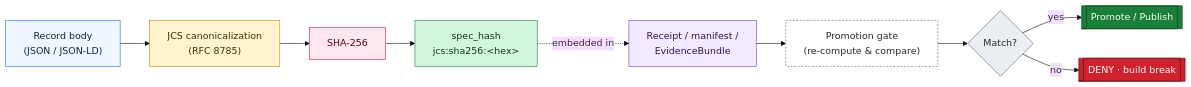
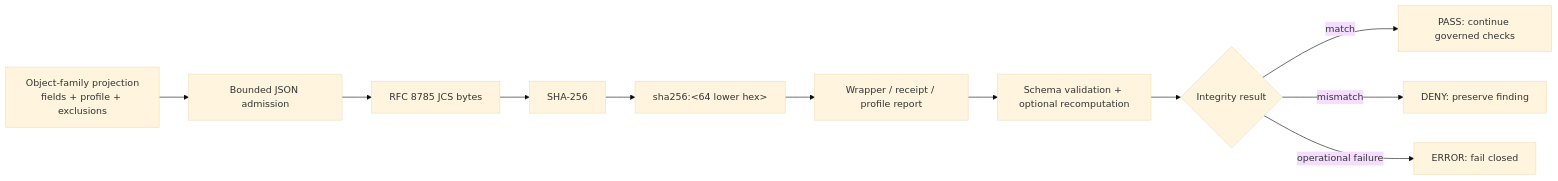
The diagram in docs/architecture/identity-and-spec-hash.md (bartytime4life/Kansas-Frontier-Matrix), drawn with Mermaid (base theme) before and after one commit. The commit also changed other lines of this file, not shown here.

Commit message:
docs(architecture): ground identity and spec_hash architecture

````diff
--- a/docs/architecture/identity-and-spec-hash.md
+++ b/docs/architecture/identity-and-spec-hash.md
@@ -111,28 +189,13 @@
 ```mermaid
 flowchart LR
-  A["Record body<br/>(JSON / JSON-LD)"]:::body
-  B["JCS canonicalization<br/>(RFC 8785)"]:::norm
-  C["SHA-256"]:::hash
-  D["spec_hash<br/>jcs:sha256:&lt;hex&gt;"]:::id
-  E["Receipt / manifest /<br/>EvidenceBundle"]:::record
-  F["Promotion gate<br/>(re-compute & compare)"]:::gate
-  G{"Match?"}:::decide
-  H[["Promote / Publish"]]:::ok
-  I[["DENY · build break"]]:::deny
-
-  A --> B --> C --> D
-  D -. embedded in .-> E
-  E --> F --> G
-  G -- yes --> H
-  G -- no  --> I
-
-  classDef body fill:#eef6ff,stroke:#1f6feb,color:#0a2540;
-  classDef norm fill:#fff4cf,stroke:#bf8700,color:#3b2f00;
-  classDef hash fill:#fde7ef,stroke:#cf222e,color:#5c0010;
-  classDef id   fill:#d4f5dd,stroke:#1a7f37,color:#053a1a;
-  classDef record fill:#f3eaff,stroke:#6f42c1,color:#2b1259;
-  classDef gate fill:#fff,stroke:#57606a,color:#24292f,stroke-dasharray: 3 3;
-  classDef decide fill:#eaeef2,stroke:#57606a,color:#24292f;
-  classDef ok fill:#1a7f37,stroke:#053a1a,color:#fff;
-  classDef deny fill:#cf222e,stroke:#5c0010,color:#fff;
+    A["Object-family projection<br/>fields + profile + exclusions"] --> B["Bounded JSON admission"]
+    B --> C["RFC 8785 JCS bytes"]
+    C --> D["SHA-256"]
+    D --> E["sha256:&lt;64 lower hex&gt;"]
+    E --> F["Wrapper / receipt / profile report"]
+    F --> G["Schema validation + optional recomputation"]
+    G --> H{"Integrity result"}
+    H -- match --> I["PASS: continue governed checks"]
+    H -- mismatch --> J["DENY: preserve finding"]
+    H -- operational failure --> K["ERROR: fail closed"]
 ```
````
